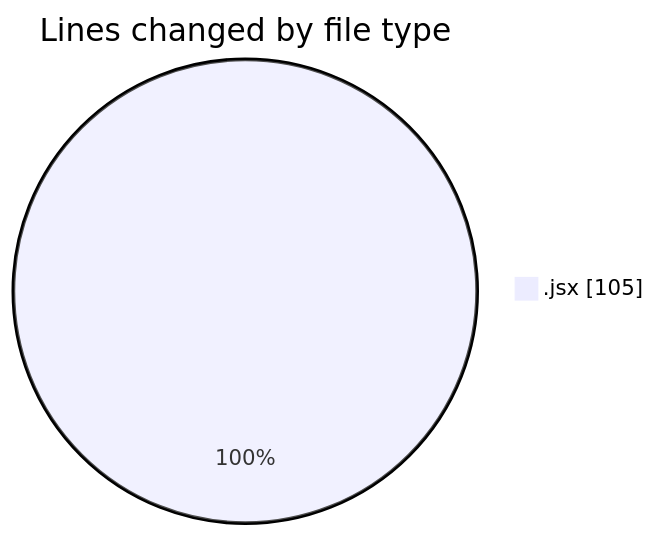
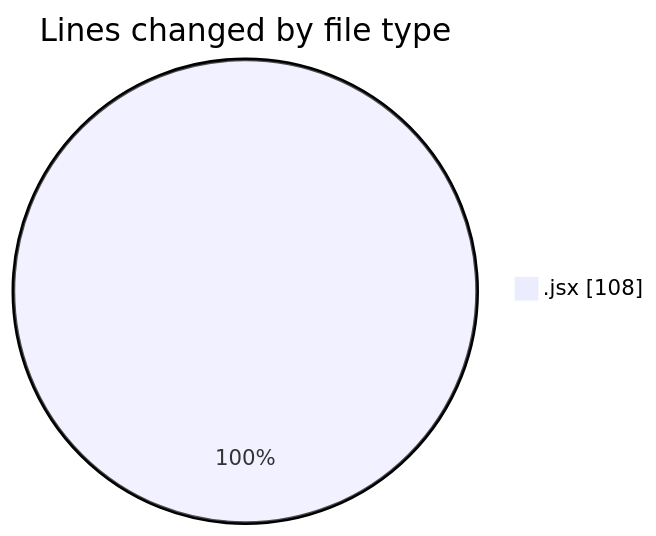
The first of 2 diagrams in 2025-06-05/nxtqube_webapp/README.md (nxtqubesakshisongat/code-tracking), drawn with Mermaid before and after one commit. The commit also changed other lines of this file and 1 other file, not shown here.

````diff
--- a/2025-06-05/nxtqube_webapp/README.md
+++ b/2025-06-05/nxtqube_webapp/README.md
@@ -21,5 +21,5 @@
 ```mermaid
 pie showData
 title Lines changed by file type
-".jsx" : 105
+".jsx" : 108
 ```
````
